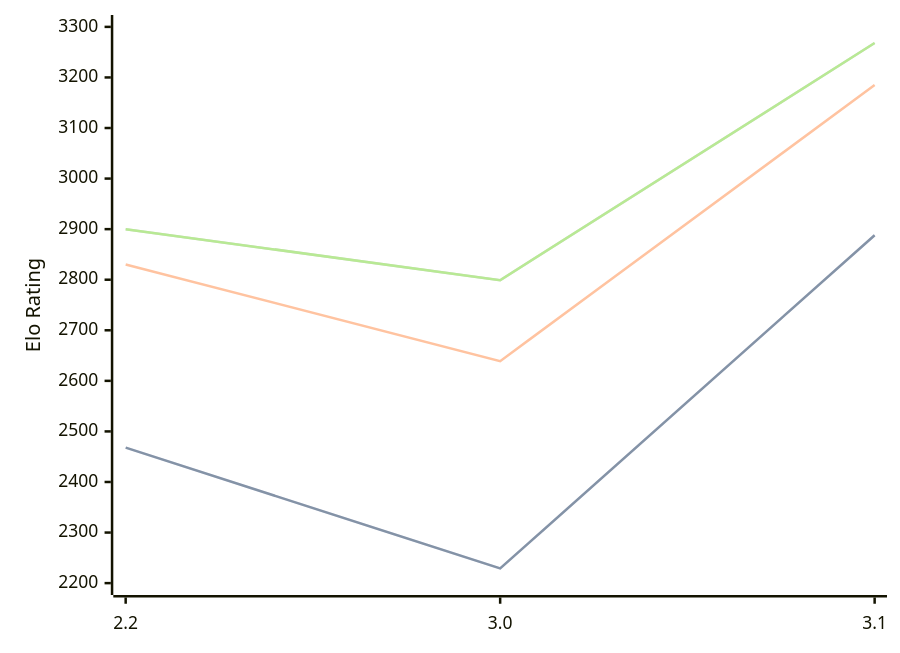
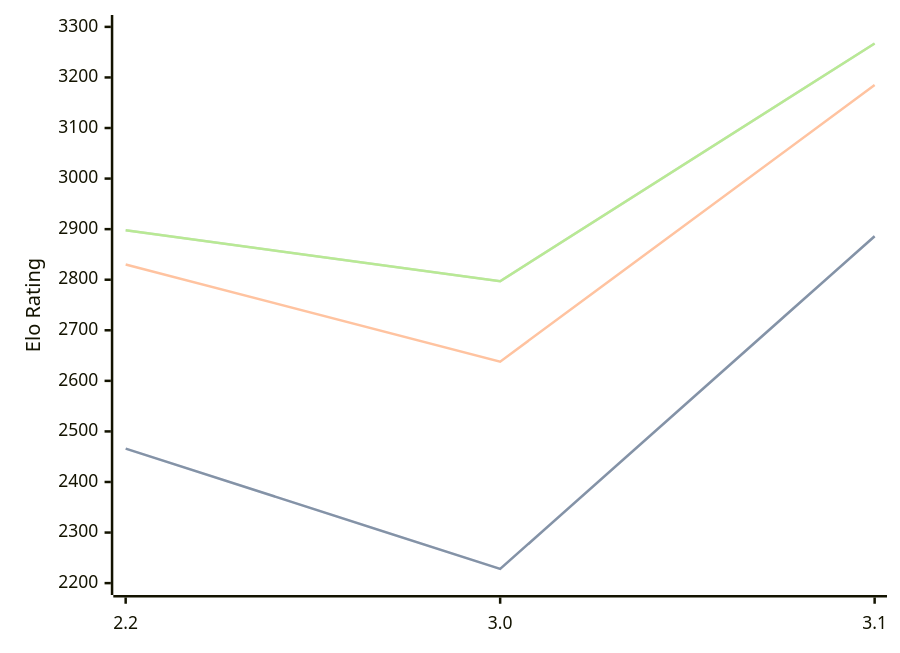
The diagram in engines/Thrawn.md (computer-chess-index/cci), drawn with Mermaid before and after one commit. The commit also changed other lines of this file, not shown here.

Commit message:
Update CCI Ratings (ELO VLTC) - 2026-08-28

````diff
--- a/engines/Thrawn.md
+++ b/engines/Thrawn.md
@@ -33,11 +33,11 @@
 ```mermaid
 %%{init: {"theme":"base","themeVariables":{"seriesColors:['#a3a3a3','#222221','#faa371']}}}%%
 xychart-beta
   x-axis ["2.2", "3.0", "3.1"]
   y-axis "Elo Rating" 2200 --> 3300
-  line "" [2468, 2229, 2888]
-  line "STC (8.0+0.08s)" [2468, 2229, 2888]
-  line "LTC (60.0+0.60s)" [2830, 2639, 3185]
-  line "" [2900, 2799, 3268]
-  line "VLTC (2m24s+1.12s)" [2900, 2799, 3268]
+  line "" [2466, 2228, 2886]
+  line "STC (8.0+0.08s)" [2466, 2228, 2886]
+  line "LTC (60.0+0.60s)" [2830, 2638, 3185]
+  line "" [2898, 2797, 3267]
+  line "VLTC (2m24s+1.12s)" [2898, 2797, 3267]
 ```
````
